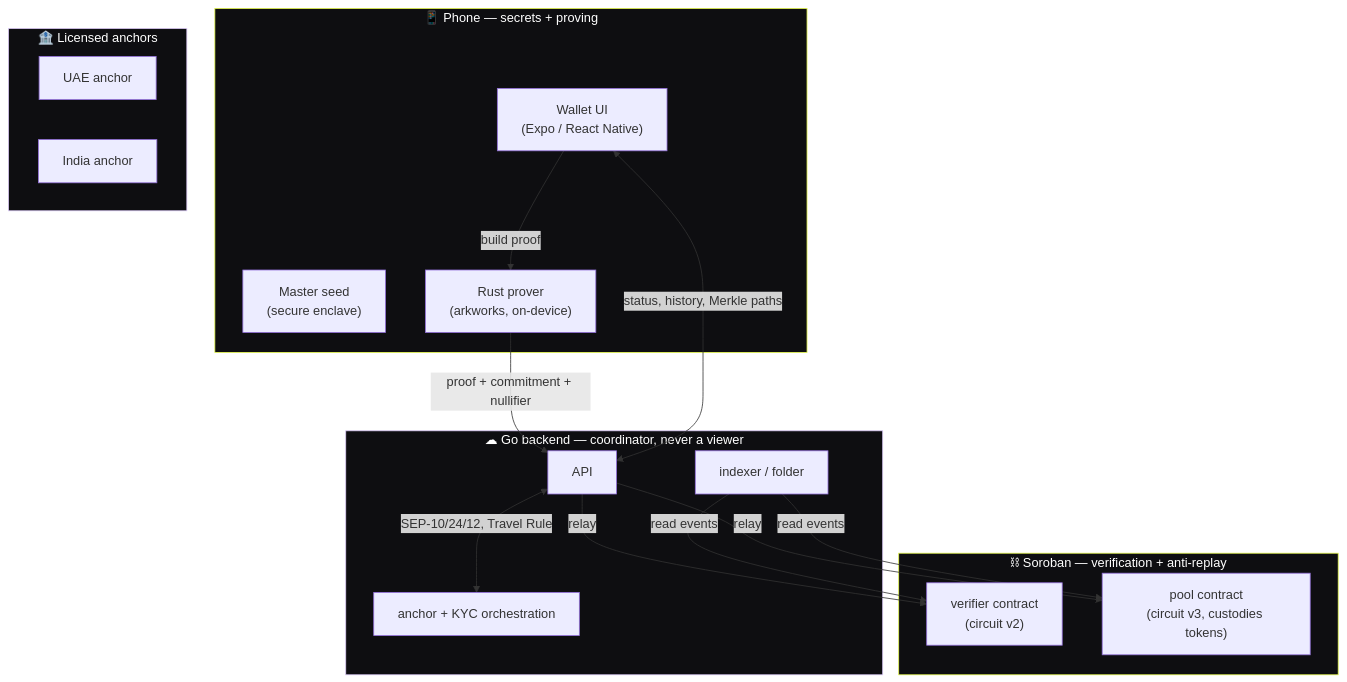
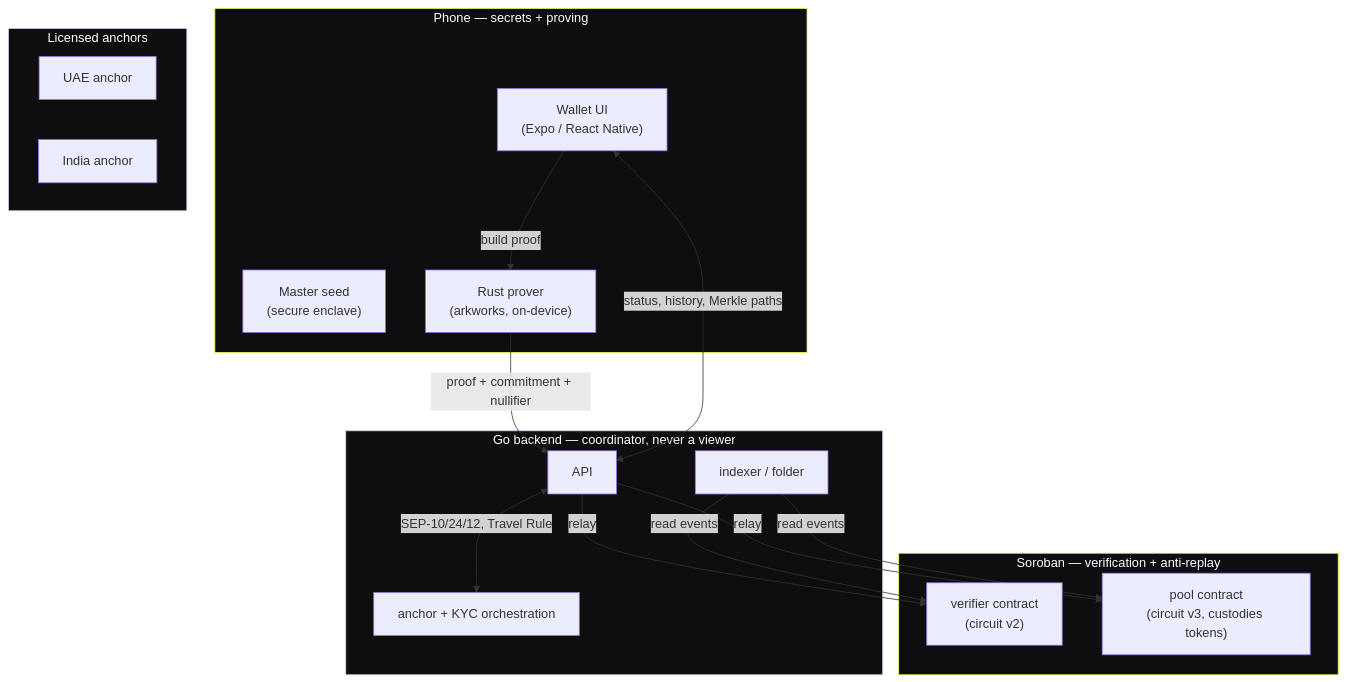
Before and after one commit to soumen0818/Prova: the first of 2 diagrams in README.md, drawn with Mermaid. The commit also changed other lines of this file, not shown here.

````diff
--- a/README.md
+++ b/README.md
@@ -42,38 +236,38 @@
 ```mermaid
 flowchart TB
-    subgraph phone["📱 Phone — secrets + proving"]
+    subgraph phone["Phone — secrets + proving"]
         seed["Master seed\n(secure enclave)"]
         prover["Rust prover\n(arkworks, on-device)"]
         wallet["Wallet UI\n(Expo / React Native)"]
     end
 
-    subgraph chain["⛓ Soroban — verification + anti-replay"]
+    subgraph chain["Soroban — verification + anti-replay"]
         verifier["verifier contract\n(circuit v2)"]
         pool["pool contract\n(circuit v3, custodies tokens)"]
     end
 
-    subgraph server["☁ Go backend — coordinator, never a viewer"]
+    subgraph server["Go backend — coordinator, never a viewer"]
         api["API"]
         indexer["indexer / folder"]
         anchors["anchor + KYC orchestration"]
     end
 
-    subgraph anchor["🏦 Licensed anchors"]
+    subgraph anchor["Licensed anchors"]
         uae["UAE anchor"]
         india["India anchor"]
     end
 
     wallet -->|build proof| prover
     prover -->|proof + commitment + nullifier| api
     api -->|relay| verifier
     api -->|relay| pool
     api <-->|SEP-10/24/12, Travel Rule| anchors
     indexer -->|read events| pool
     indexer -->|read events| verifier
     wallet <-->|status, history, Merkle paths| api
 
     style phone fill:#0E0E11,color:#fff,stroke:#E6F94E
     style chain fill:#0E0E11,color:#fff,stroke:#E6F94E
     style server fill:#0E0E11,color:#fff,stroke:#DCCBF7
     style anchor fill:#0E0E11,color:#fff,stroke:#DCCBF7
 ```
````
